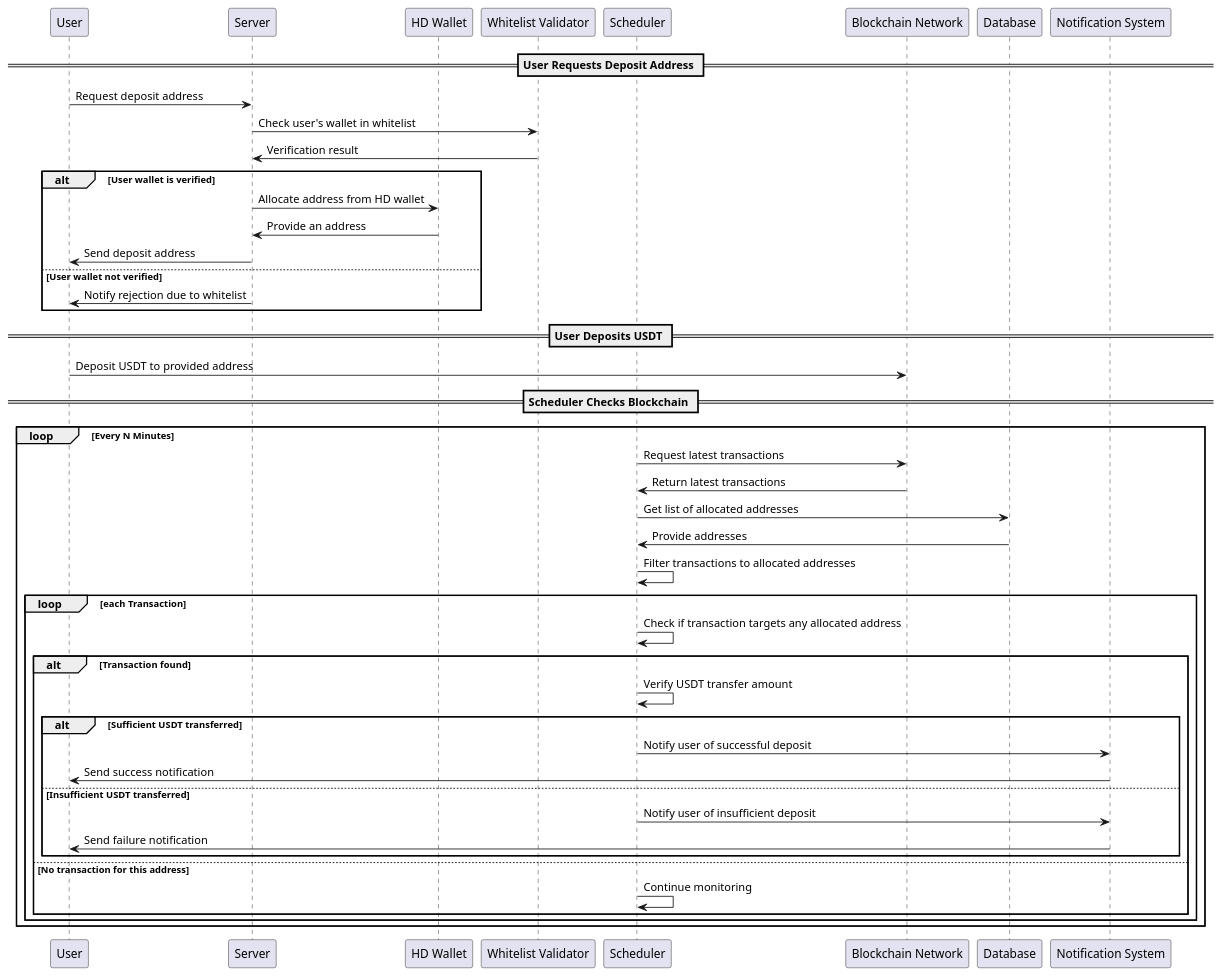
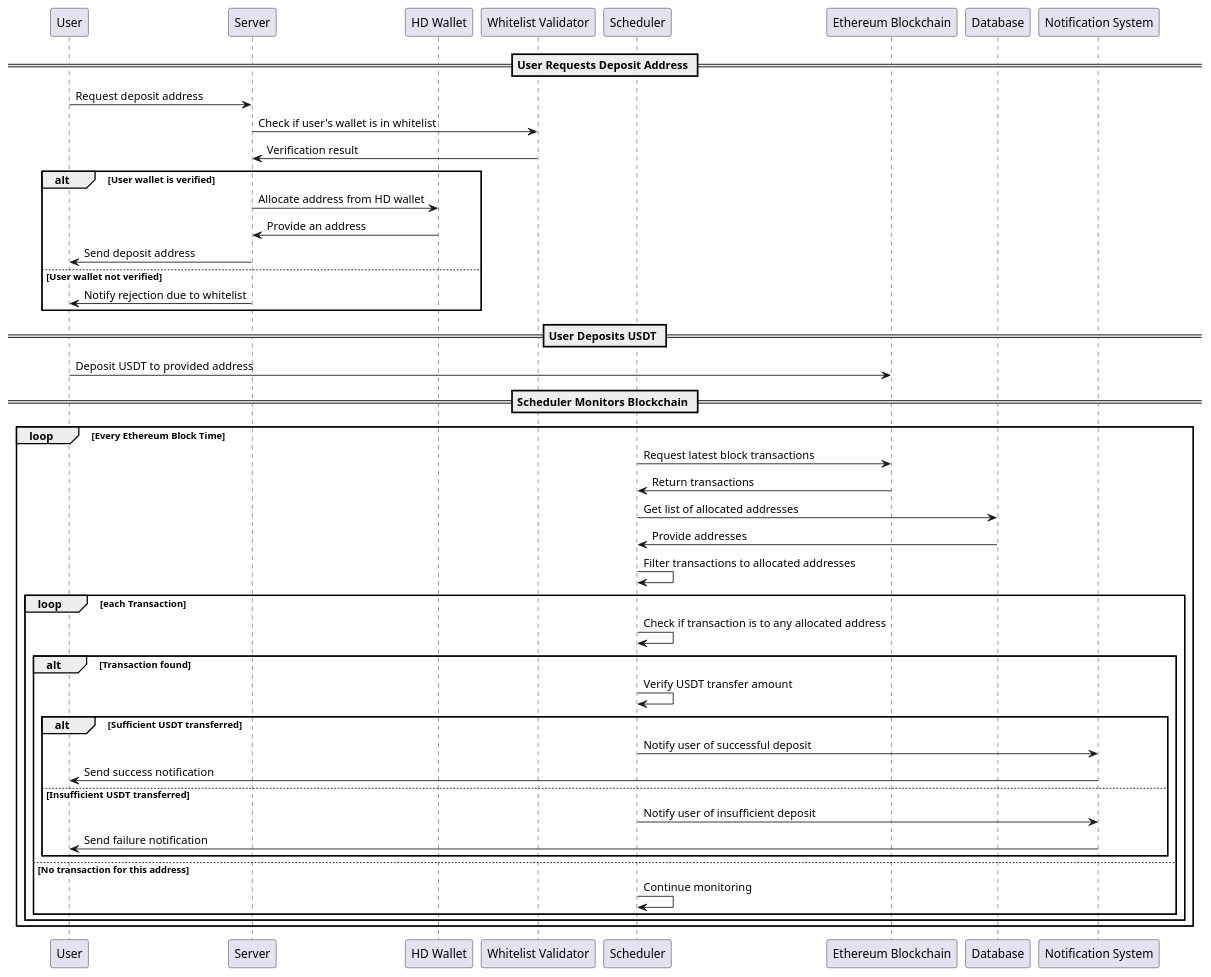
Before and after one commit to aw-birdgang/blockchain-payments: the diagram in api/puml/sequence-deposit-checker.puml, drawn with PlantUML. The commit also changed 1 other file, not shown here.

Commit message:
add puml diagram

```diff
--- a/api/puml/sequence-deposit-checker.puml
+++ b/api/puml/sequence-deposit-checker.puml
@@ -1,52 +1,52 @@
 @startuml
 participant "User" as U
 participant "Server" as S
 participant "HD Wallet" as HD
 participant "Whitelist Validator" as WV
 participant "Scheduler" as SCH
-participant "Blockchain Network" as B
+participant "Ethereum Blockchain" as ETH
 participant "Database" as DB
 participant "Notification System" as NS
 
 == User Requests Deposit Address ==
 U -> S: Request deposit address
-S -> WV: Check user's wallet in whitelist
+S -> WV: Check if user's wallet is in whitelist
 WV -> S: Verification result
 alt User wallet is verified
     S -> HD: Allocate address from HD wallet
     HD -> S: Provide an address
     S -> U: Send deposit address
 else User wallet not verified
     S -> U: Notify rejection due to whitelist
 end
 
 == User Deposits USDT ==
-U -> B: Deposit USDT to provided address
+U -> ETH: Deposit USDT to provided address
 
-== Scheduler Checks Blockchain ==
-loop Every N Minutes
-    SCH -> B: Request latest transactions
-    B -> SCH: Return latest transactions
+== Scheduler Monitors Blockchain ==
+loop Every Ethereum Block Time
+    SCH -> ETH: Request latest block transactions
+    ETH -> SCH: Return transactions
 
     SCH -> DB: Get list of allocated addresses
     DB -> SCH: Provide addresses
 
     SCH -> SCH: Filter transactions to allocated addresses
     loop each Transaction
-        SCH -> SCH: Check if transaction targets any allocated address
+        SCH -> SCH: Check if transaction is to any allocated address
         alt Transaction found
             SCH -> SCH: Verify USDT transfer amount
             alt Sufficient USDT transferred
                 SCH -> NS: Notify user of successful deposit
                 NS -> U: Send success notification
             else Insufficient USDT transferred
                 SCH -> NS: Notify user of insufficient deposit
                 NS -> U: Send failure notification
             end
         else No transaction for this address
             SCH -> SCH: Continue monitoring
         end
     end
 end
 
 @enduml
```
